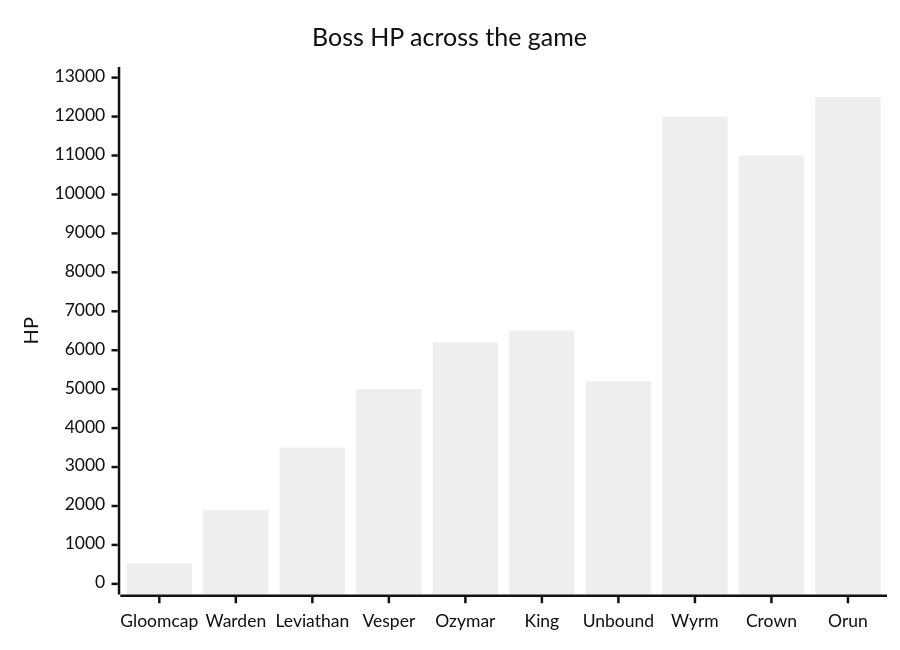
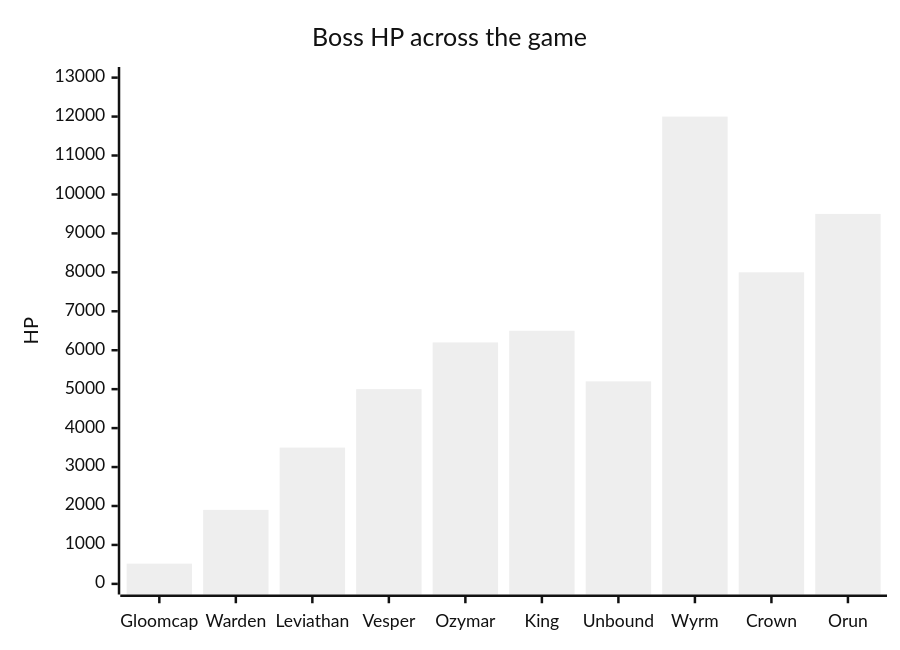
Before and after one commit to CptNope/Laternfall: the fifth of 8 diagrams in docs/GAME_GUIDE.md, drawn with Mermaid (neutral theme). The commit also changed other lines of this file and 22 other files, not shown here.

````diff
--- a/docs/GAME_GUIDE.md
+++ b/docs/GAME_GUIDE.md
@@ -380,7 +390,7 @@
 ```mermaid
 xychart-beta
     title "Boss HP across the game"
     x-axis ["Gloomcap", "Warden", "Leviathan", "Vesper", "Ozymar", "King", "Unbound", "Wyrm", "Crown", "Orun"]
     y-axis "HP" 0 --> 13000
-    bar [520, 1900, 3500, 5000, 6200, 6500, 5200, 12000, 11000, 12500]
+    bar [520, 1900, 3500, 5000, 6200, 6500, 5200, 12000, 8000, 9500]
 ```
````
